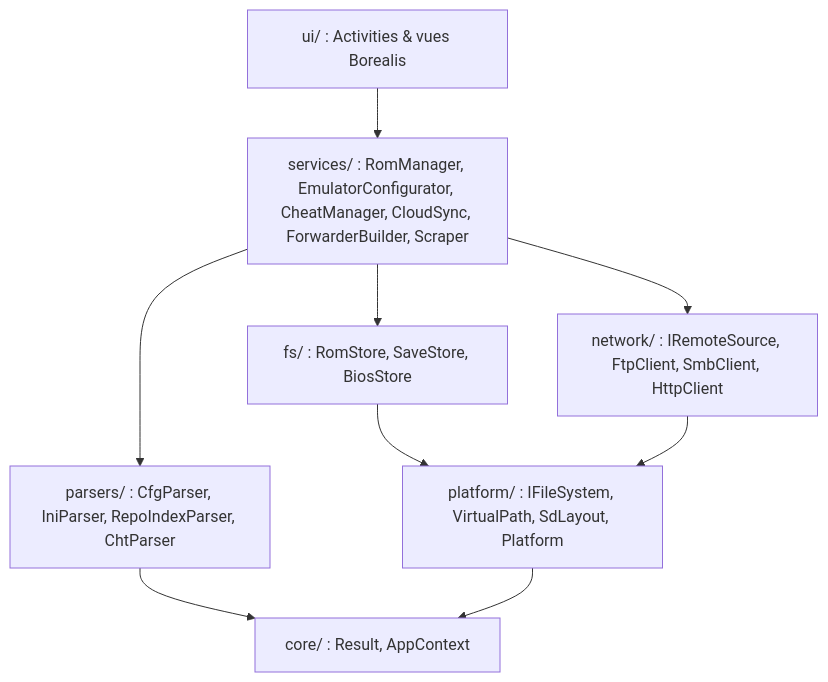
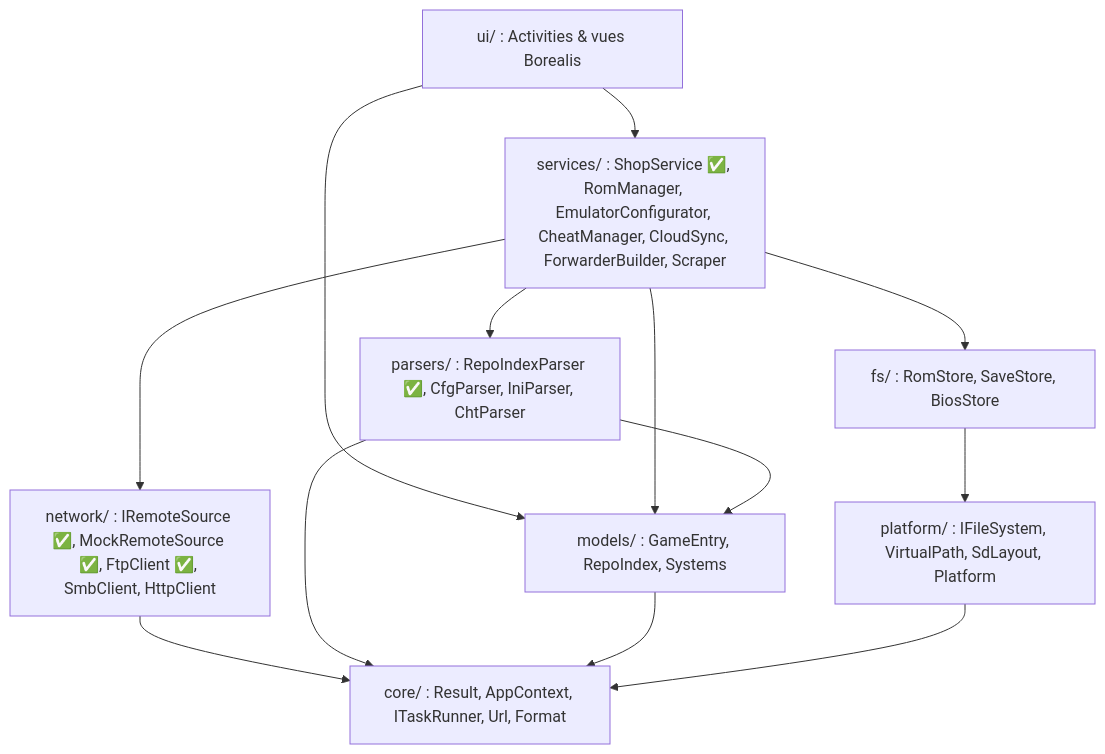
One commit to leo3438/my_little_shop_discord.py changed the first of 3 diagrams in retromanager/ARCHITECTURE.md. Above: the diagram before and after it, drawn with Mermaid. The commit also changed other lines of this file and 4 other files, not shown here.

First line of the commit message:
retromanager: document the shop index format and Phase 2 architecture

````diff
--- a/retromanager/ARCHITECTURE.md
+++ b/retromanager/ARCHITECTURE.md
@@ -31,19 +31,24 @@
 ```mermaid
 graph TD
     UI["ui/ : Activities & vues Borealis"]
-    SVC["services/ : RomManager, EmulatorConfigurator, CheatManager, CloudSync, ForwarderBuilder, Scraper"]
-    PARSE["parsers/ : CfgParser, IniParser, RepoIndexParser, ChtParser"]
+    SVC["services/ : ShopService ✅, RomManager, EmulatorConfigurator, CheatManager, CloudSync, ForwarderBuilder, Scraper"]
+    PARSE["parsers/ : RepoIndexParser ✅, CfgParser, IniParser, ChtParser"]
     FS["fs/ : RomStore, SaveStore, BiosStore"]
-    NET["network/ : IRemoteSource, FtpClient, SmbClient, HttpClient"]
+    NET["network/ : IRemoteSource ✅, MockRemoteSource ✅, FtpClient ✅, SmbClient, HttpClient"]
     PLAT["platform/ : IFileSystem, VirtualPath, SdLayout, Platform"]
-    CORE["core/ : Result, AppContext"]
+    CORE["core/ : Result, AppContext, ITaskRunner, Url, Format"]
+    MODELS["models/ : GameEntry, RepoIndex, Systems"]
 
     UI --> SVC
+    UI --> MODELS
+    SVC --> MODELS
+    PARSE --> MODELS
     SVC --> PARSE
     SVC --> FS
     SVC --> NET
     FS --> PLAT
-    NET --> PLAT
+    NET --> CORE
     PARSE --> CORE
+    MODELS --> CORE
     PLAT --> CORE
 ```
````
